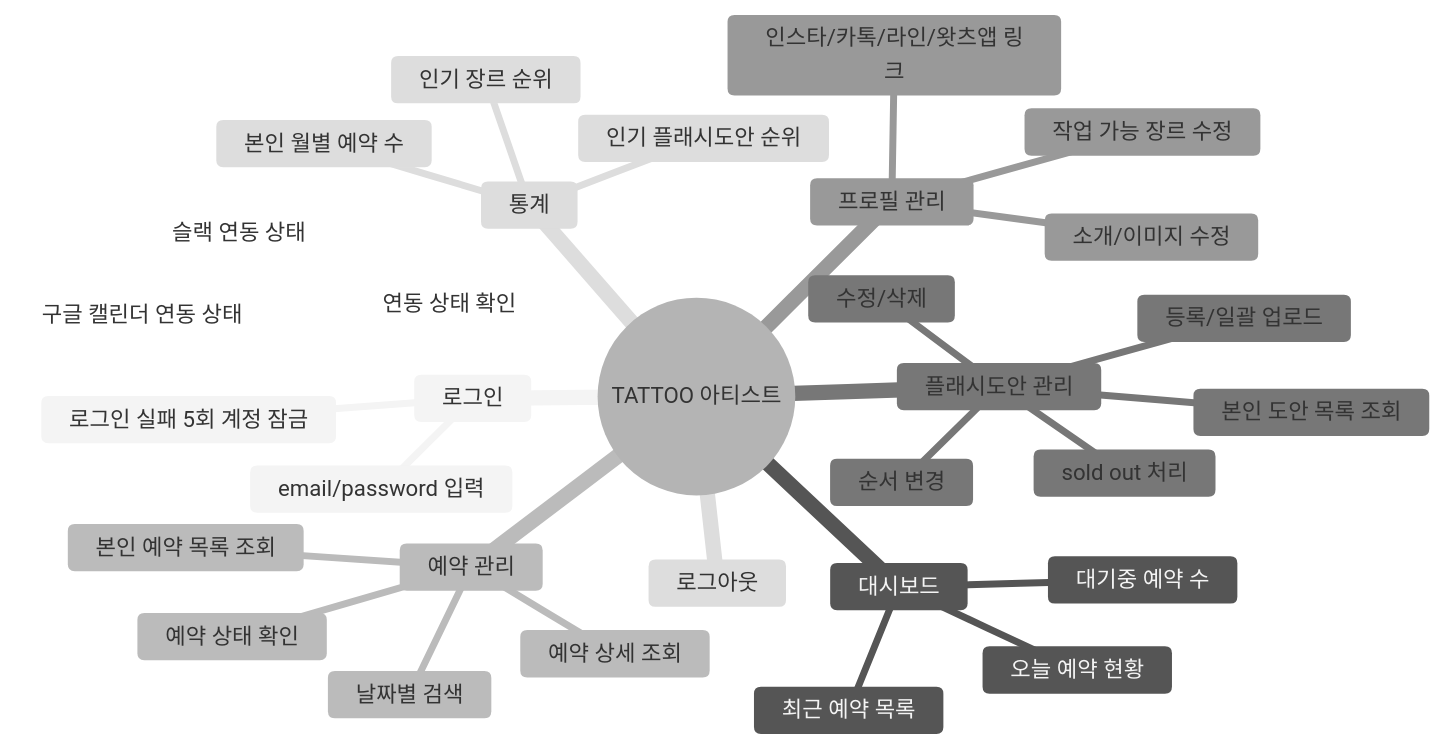
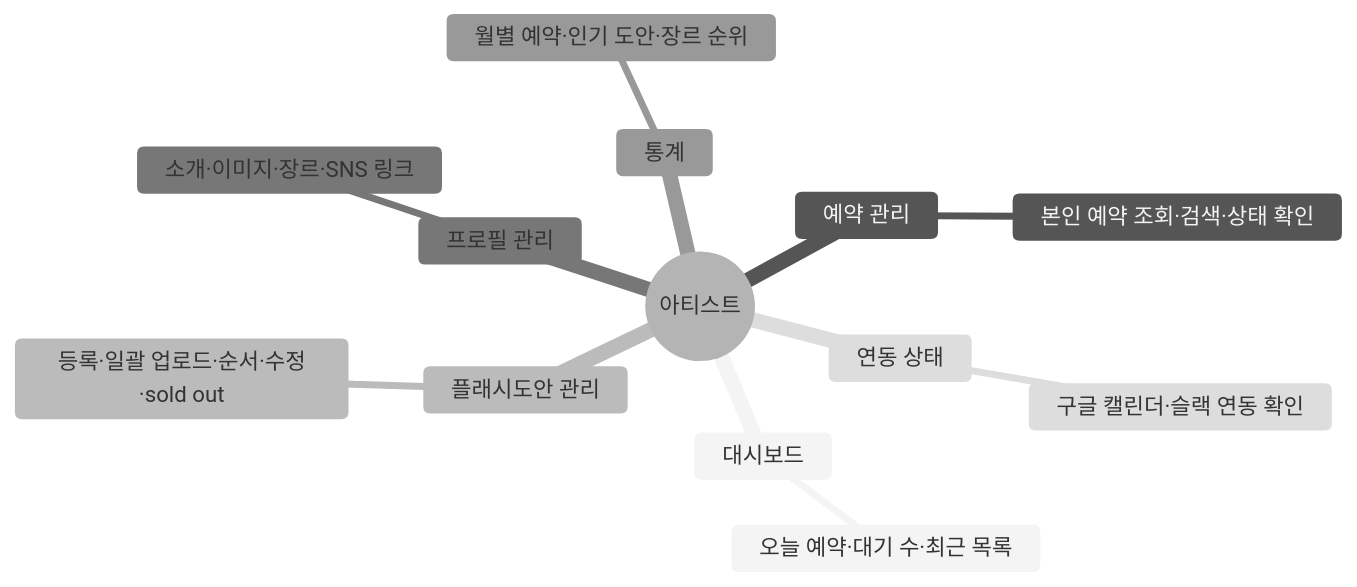
The third of 8 diagrams in README.md (leeyonghee030/tattoo_project), drawn with Mermaid (neutral theme) before and after one commit. The commit also changed other lines of this file, not shown here.

First line of the commit message:
DOCS(readme): 워크플로우 다이어그램 단순화 및 핵심 시나리오 추가 - 2026-05-20

````diff
--- a/README.md
+++ b/README.md
@@ -166,34 +106,16 @@
 ```mermaid
 mindmap
-  root((TATTOO 아티스트))
-    로그인
-      email/password 입력
-      로그인 실패 5회 계정 잠금
+  root((아티스트))
     대시보드
-      오늘 예약 현황
-      대기중 예약 수
-      최근 예약 목록
+      오늘 예약·대기 수·최근 목록
     예약 관리
-      본인 예약 목록 조회
-      날짜별 검색
-      예약 상세 조회
-      예약 상태 확인
+      본인 예약 조회·검색·상태 확인
     플래시도안 관리
-      본인 도안 목록 조회
-      등록/일괄 업로드
-      순서 변경
-      수정/삭제
-      sold out 처리
+      등록·일괄 업로드·순서·수정·sold out
     프로필 관리
-      소개/이미지 수정
-      작업 가능 장르 수정
-      인스타/카톡/라인/왓츠앱 링크
+      소개·이미지·장르·SNS 링크
     통계
-      본인 월별 예약 수
-      인기 플래시도안 순위
-      인기 장르 순위
-    연동 상태 확인
-      구글 캘린더 연동 상태
-      슬랙 연동 상태
-    로그아웃
+      월별 예약·인기 도안·장르 순위
+    연동 상태
+      구글 캘린더·슬랙 연동 확인
 ```
````
